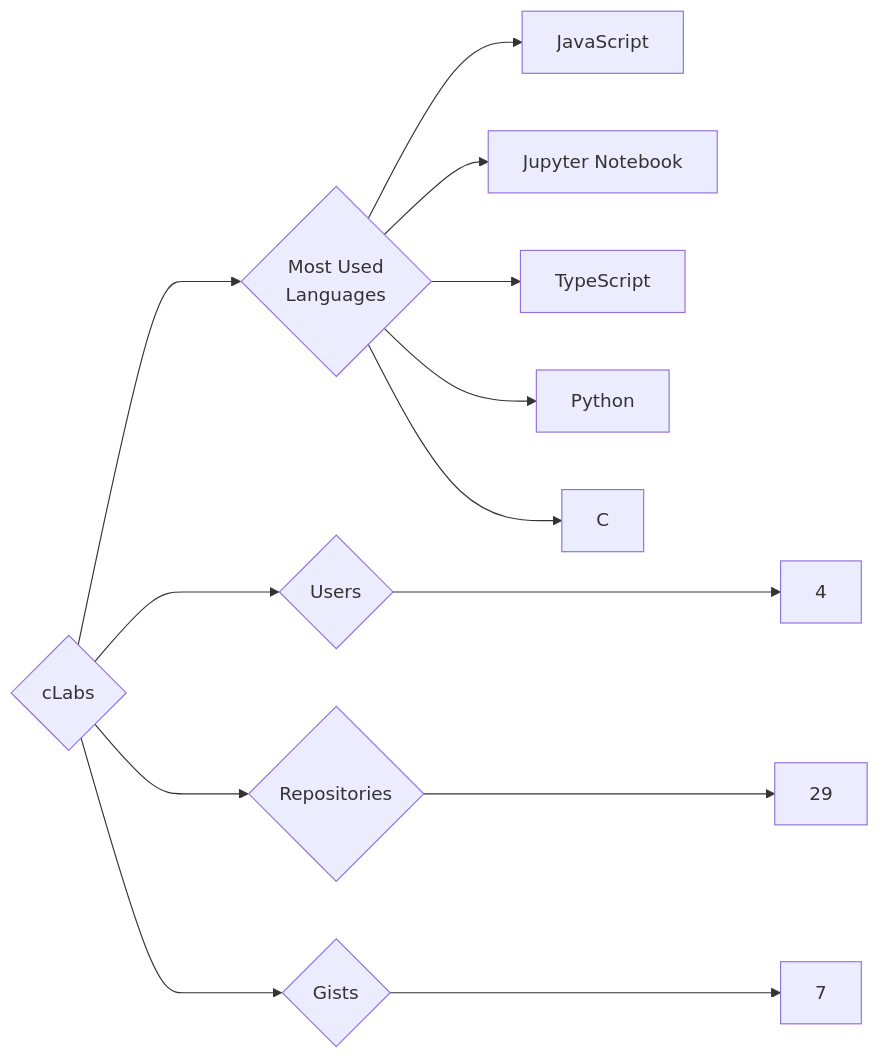
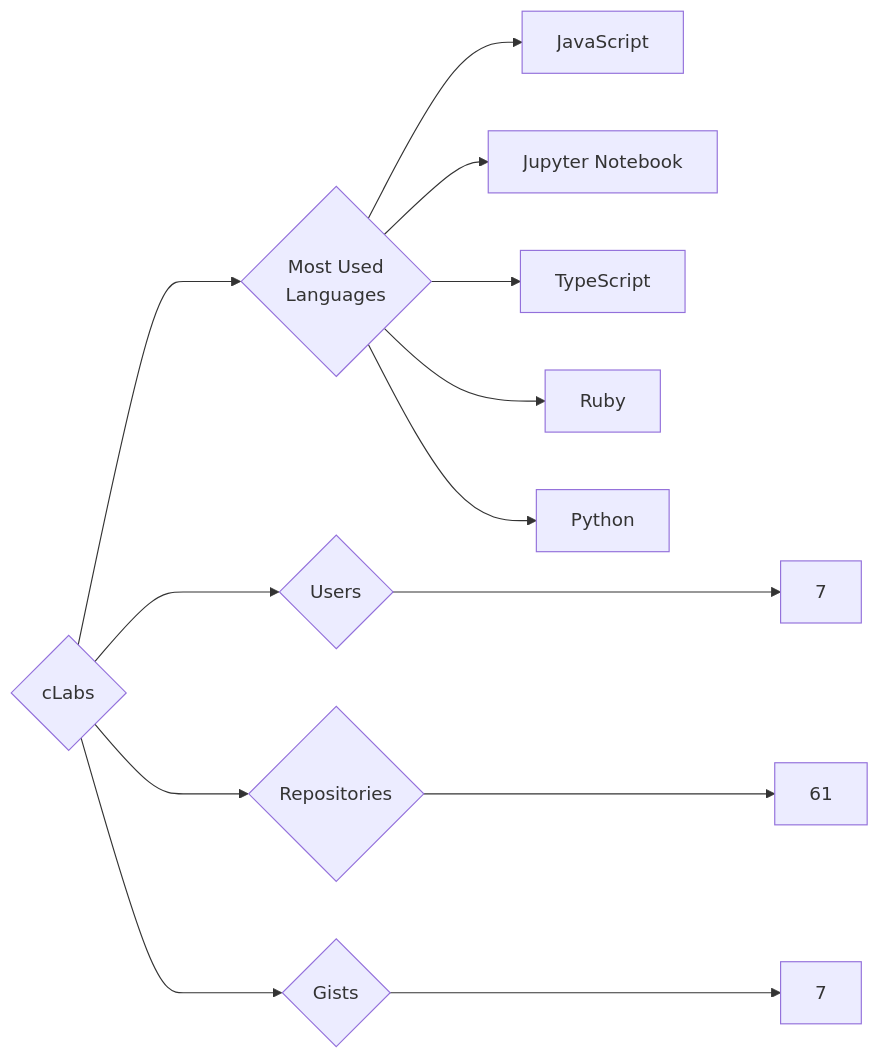
One commit to trickest/insiders changed the diagram in targets/cLabs/README.md. Above: the diagram before and after it, drawn with Mermaid. The commit also changed 1170 other files, not shown here.

````diff
--- a/targets/cLabs/README.md
+++ b/targets/cLabs/README.md
@@ -3,13 +3,13 @@
 ```mermaid
 graph LR
 COMPANY_NAME{cLabs}
-COMPANY_NAME ---> U{Users} ---> UN[4]
-COMPANY_NAME ---> R{Repositories} ---> RN[29]
+COMPANY_NAME ---> U{Users} ---> UN[7]
+COMPANY_NAME ---> R{Repositories} ---> RN[61]
 COMPANY_NAME ---> G{Gists} ---> GN[7]
 COMPANY_NAME ---> ML{Most Used<br>Languages}
 ML --> JavaScript[JavaScript]
 ML --> Jupyter_Notebook[Jupyter Notebook]
 ML --> TypeScript[TypeScript]
+ML --> Ruby[Ruby]
 ML --> Python[Python]
-ML --> C[C]
 ```
````
